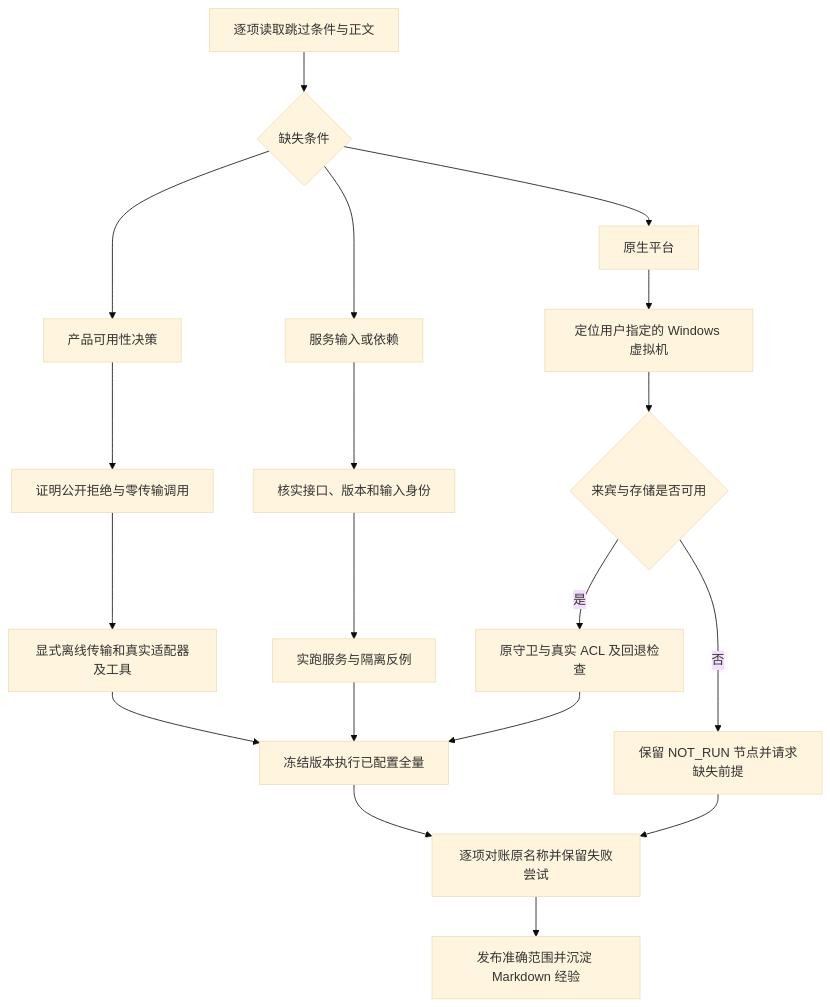
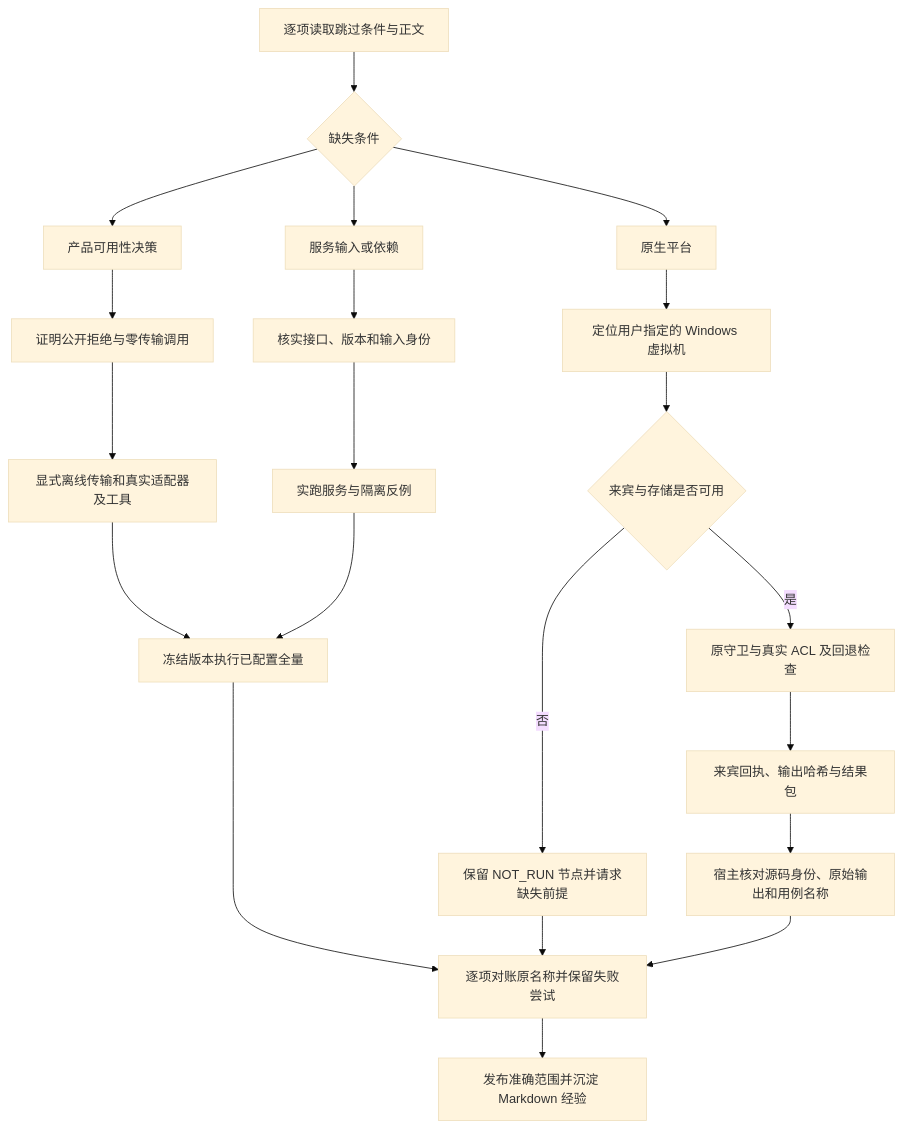
One commit to KarmenLoop/personal-agent-growth changed the diagram in docs/release-0.4.3-acceptance.zh-CN.md. Above: the diagram before and after it, drawn with Mermaid (base theme). The commit also changed other lines of this file and 28 other files, not shown here.

````diff
--- a/docs/release-0.4.3-acceptance.zh-CN.md
+++ b/docs/release-0.4.3-acceptance.zh-CN.md
@@ -70,21 +78,23 @@
 ```mermaid
 flowchart TD
     A["逐项读取跳过条件与正文"] --> B{"缺失条件"}
     B --> C["产品可用性决策"]
     B --> D["服务输入或依赖"]
     B --> E["原生平台"]
     C --> F["证明公开拒绝与零传输调用"]
     F --> G["显式离线传输和真实适配器及工具"]
     D --> H["核实接口、版本和输入身份"]
     H --> I["实跑服务与隔离反例"]
     E --> J["定位用户指定的 Windows 虚拟机"]
     J --> K{"来宾与存储是否可用"}
     K -- 否 --> L["保留 NOT_RUN 节点并请求缺失前提"]
     K -- 是 --> M["原守卫与真实 ACL 及回退检查"]
     G --> N["冻结版本执行已配置全量"]
     I --> N
-    M --> N
+    M --> R["来宾回执、输出哈希与结果包"]
+    R --> S["宿主核对源码身份、原始输出和用例名称"]
+    S --> O
     N --> O["逐项对账原名称并保留失败尝试"]
     L --> O
     O --> P["发布准确范围并沉淀 Markdown 经验"]
 ```
````
